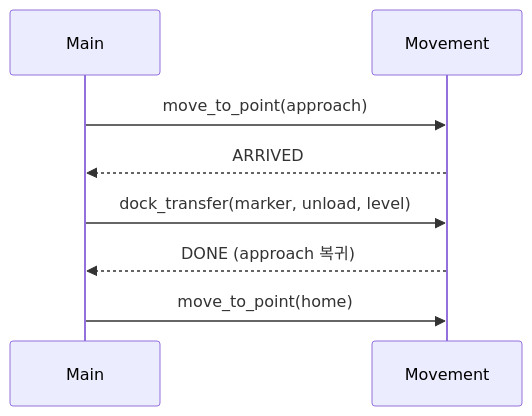
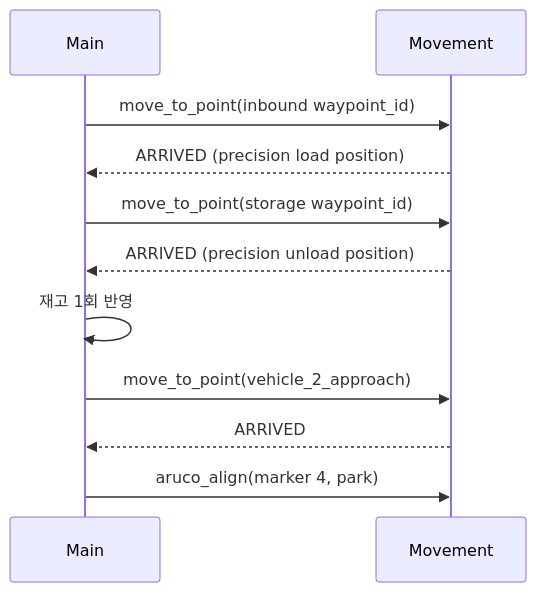
One commit to eduwing-robotics/ros2-ai-amr-repo3 changed the third of 3 diagrams in main_server/docs/INTERFACES.md. Above: the diagram before and after it, drawn with Mermaid. The commit also changed other lines of this file and 35 other files, not shown here.

````diff
--- a/main_server/docs/INTERFACES.md
+++ b/main_server/docs/INTERFACES.md
@@ -305,10 +308,13 @@
 ```mermaid
 sequenceDiagram
   participant Main
   participant MV as Movement
-  Main->>MV: move_to_point(approach)
+  Main->>MV: move_to_point(inbound waypoint_id)
+  MV-->>Main: ARRIVED (precision load position)
+  Main->>MV: move_to_point(storage waypoint_id)
+  MV-->>Main: ARRIVED (precision unload position)
+  Main->>Main: 재고 1회 반영
+  Main->>MV: move_to_point(vehicle_2_approach)
   MV-->>Main: ARRIVED
-  Main->>MV: dock_transfer(marker, unload, level)
-  MV-->>Main: DONE (approach 복귀)
-  Main->>MV: move_to_point(home)
+  Main->>MV: aruco_align(marker 4, park)
 ```
````
